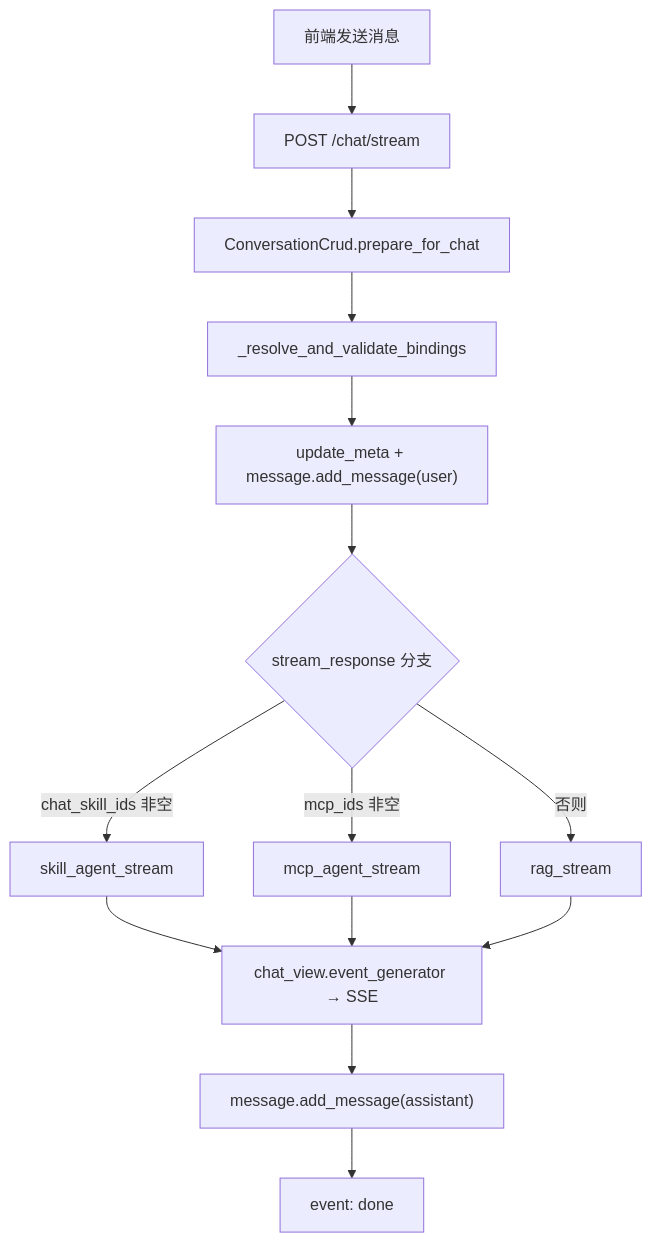
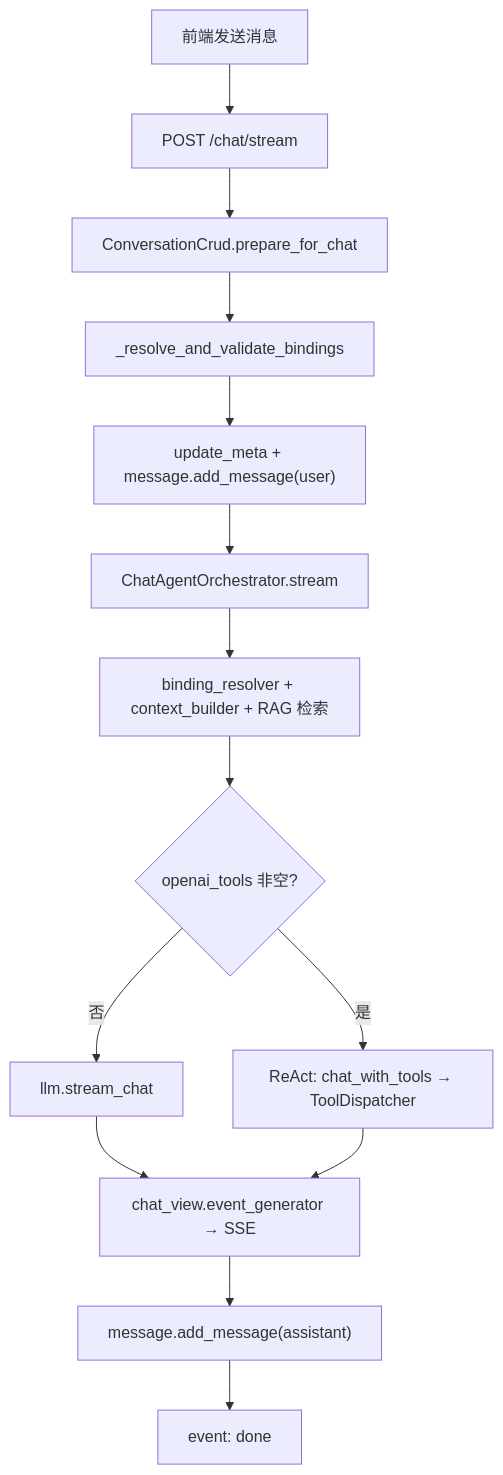
The first of 3 diagrams in backend/output/docs/CHAT_EXECUTION_FLOWS.md (KKNOBUG/KeenRobot), drawn with Mermaid before and after one commit. The commit also changed other lines of this file and 7 other files, not shown here.

````diff
--- a/backend/output/docs/CHAT_EXECUTION_FLOWS.md
+++ b/backend/output/docs/CHAT_EXECUTION_FLOWS.md
@@ -81,19 +82,16 @@
 ```mermaid
 flowchart TD
     FE[前端发送消息] --> API["POST /chat/stream"]
     API --> PREP["ConversationCrud.prepare_for_chat"]
     PREP --> BIND["_resolve_and_validate_bindings"]
     BIND --> META["update_meta + message.add_message(user)"]
-    META --> BR{"stream_response 分支"}
-
-    BR -->|"chat_skill_ids 非空"| SA["skill_agent_stream"]
-    BR -->|"mcp_ids 非空"| MA["mcp_agent_stream"]
-    BR -->|否则| RG["rag_stream"]
-
-    SA --> SSE["chat_view.event_generator → SSE"]
-    MA --> SSE
-    RG --> SSE
-
+    META --> ORCH["ChatAgentOrchestrator.stream"]
+    ORCH --> CTX["binding_resolver + context_builder + RAG 检索"]
+    CTX --> REACT{"openai_tools 非空?"}
+    REACT -->|否| LLM["llm.stream_chat"]
+    REACT -->|是| TOOLS["ReAct: chat_with_tools → ToolDispatcher"]
+    LLM --> SSE["chat_view.event_generator → SSE"]
+    TOOLS --> SSE
     SSE --> SAVE["message.add_message(assistant)"]
     SAVE --> DONE["event: done"]
 ```
````
